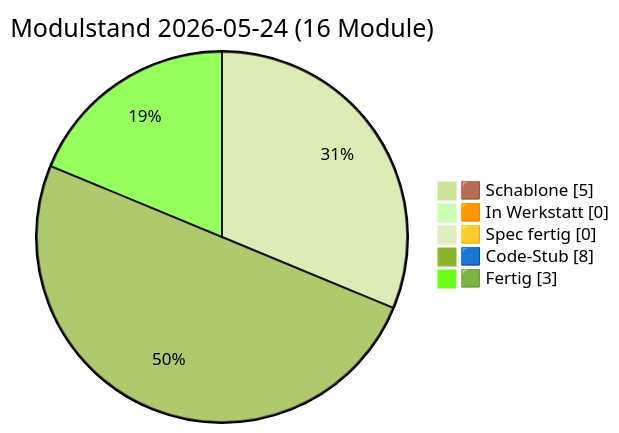
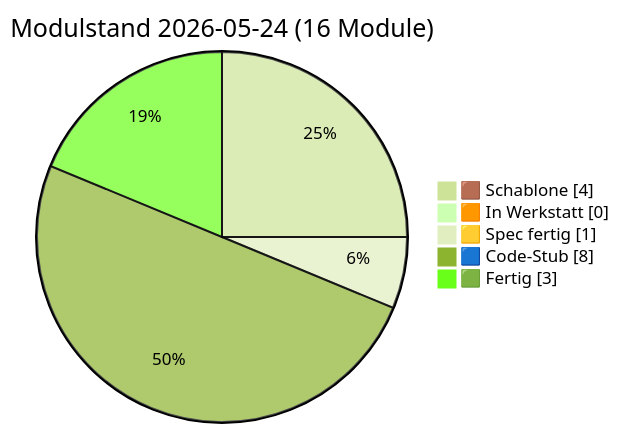
The diagram in docs/PULS.md (lausiklauskn-png/Sage-Protokol), drawn with Mermaid (forest theme) before and after one commit. The commit also changed other lines of this file and 5 other files, not shown here.

````diff
--- a/docs/PULS.md
+++ b/docs/PULS.md
@@ -21,9 +21,9 @@
 ```mermaid
 pie showData
   title Modulstand 2026-05-24 (16 Module)
-  "🟫 Schablone" : 5
+  "🟫 Schablone" : 4
   "🟧 In Werkstatt" : 0
-  "🟨 Spec fertig" : 0
+  "🟨 Spec fertig" : 1
   "🟦 Code-Stub" : 8
   "🟩 Fertig" : 3
 ```
````
